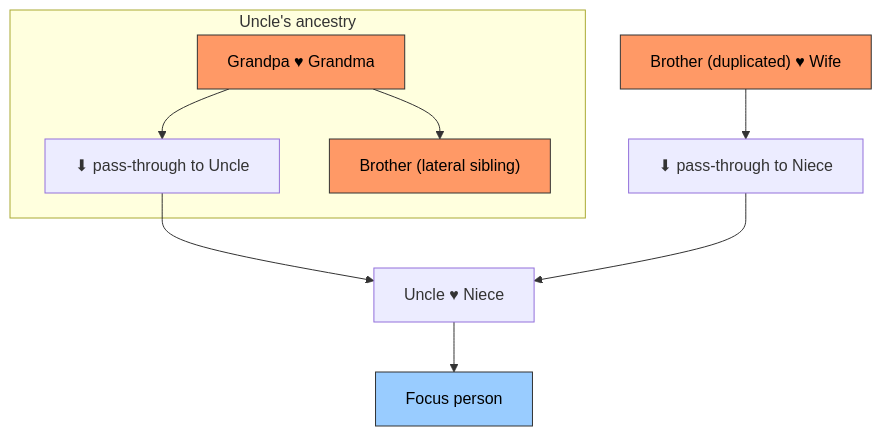
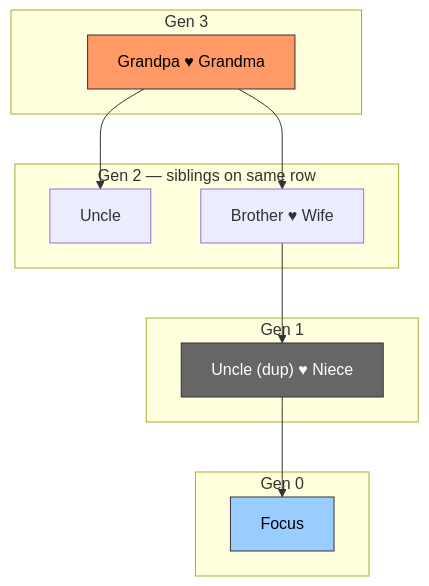
One commit to san650/ancestry changed diagram 11 of 13 in lib/ancestry/people/CLAUDE.md. Above: the diagram before and after it, drawn with Mermaid. The commit also changed other lines of this file and 21 other files, not shown here.

Commit message:
Graph view improvements (#28)

````diff
--- a/lib/ancestry/people/CLAUDE.md
+++ b/lib/ancestry/people/CLAUDE.md
@@ -303,19 +329,25 @@
 ```mermaid
 flowchart TD
-    subgraph uncle_side ["Uncle's ancestry"]
-        GP["Grandpa ♥ Grandma"]
-        GP --> Uncle_pt["⬇ pass-through to Uncle"]
-        GP --> Bro_lat["Brother (lateral sibling)"]
+    subgraph gen3 ["Gen 3"]
+        GP4["Grandpa ♥ Grandma"]
+    end
+    subgraph gen2 ["Gen 2 — siblings on same row"]
+        Uncle4["Uncle"]
+        BW4["Brother ♥ Wife"]
+    end
+    subgraph gen1 ["Gen 1"]
+        UdupN["Uncle (dup) ♥ Niece"]
+    end
+    subgraph gen0 ["Gen 0"]
+        Focus4["Focus"]
     end
 
-    Bro_dup["Brother (duplicated) ♥ Wife"] --> N_pt["⬇ pass-through to Niece"]
+    GP4 --> Uncle4
+    GP4 --> BW4
+    BW4 --> UdupN
+    UdupN --> Focus4
 
-    Uncle_pt --> MN["Uncle ♥ Niece"]
-    N_pt --> MN
-    MN --> Focus["Focus person"]
-
-    style GP fill:#f96,stroke:#333,color:#000
-    style Bro_lat fill:#f96,stroke:#333,color:#000
-    style Bro_dup fill:#f96,stroke:#333,color:#000
-    style Focus fill:#9cf,stroke:#333,color:#000
+    style Focus4 fill:#9cf,stroke:#333,color:#000
+    style GP4 fill:#f96,stroke:#333,color:#000
+    style UdupN fill:#666,stroke:#333,color:#fff
 ```
````
